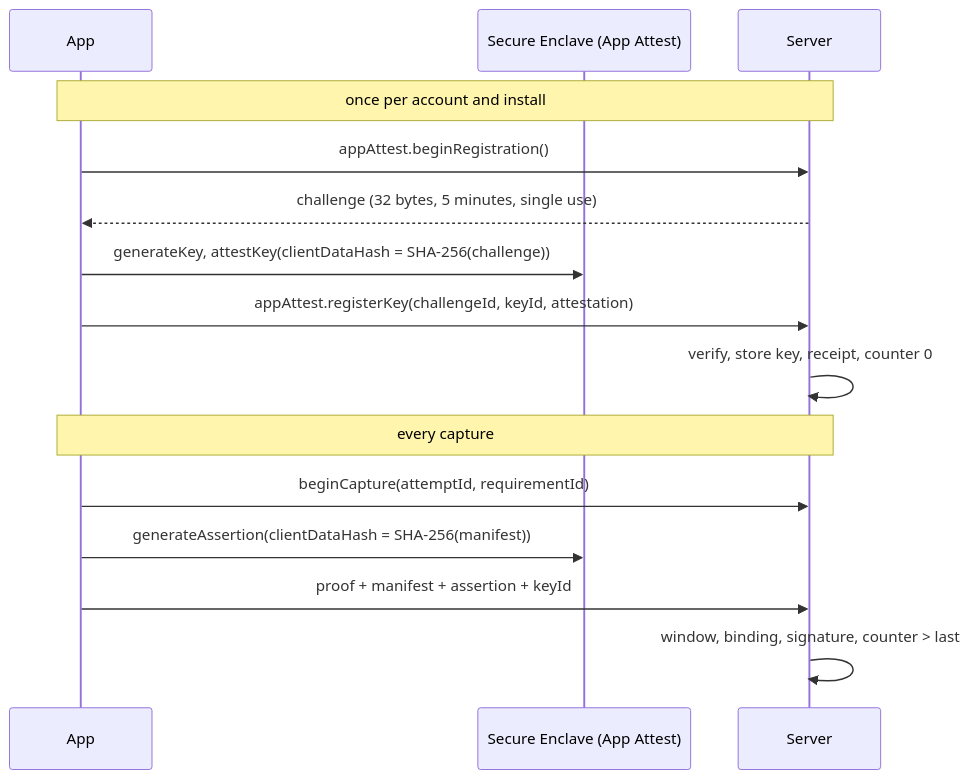
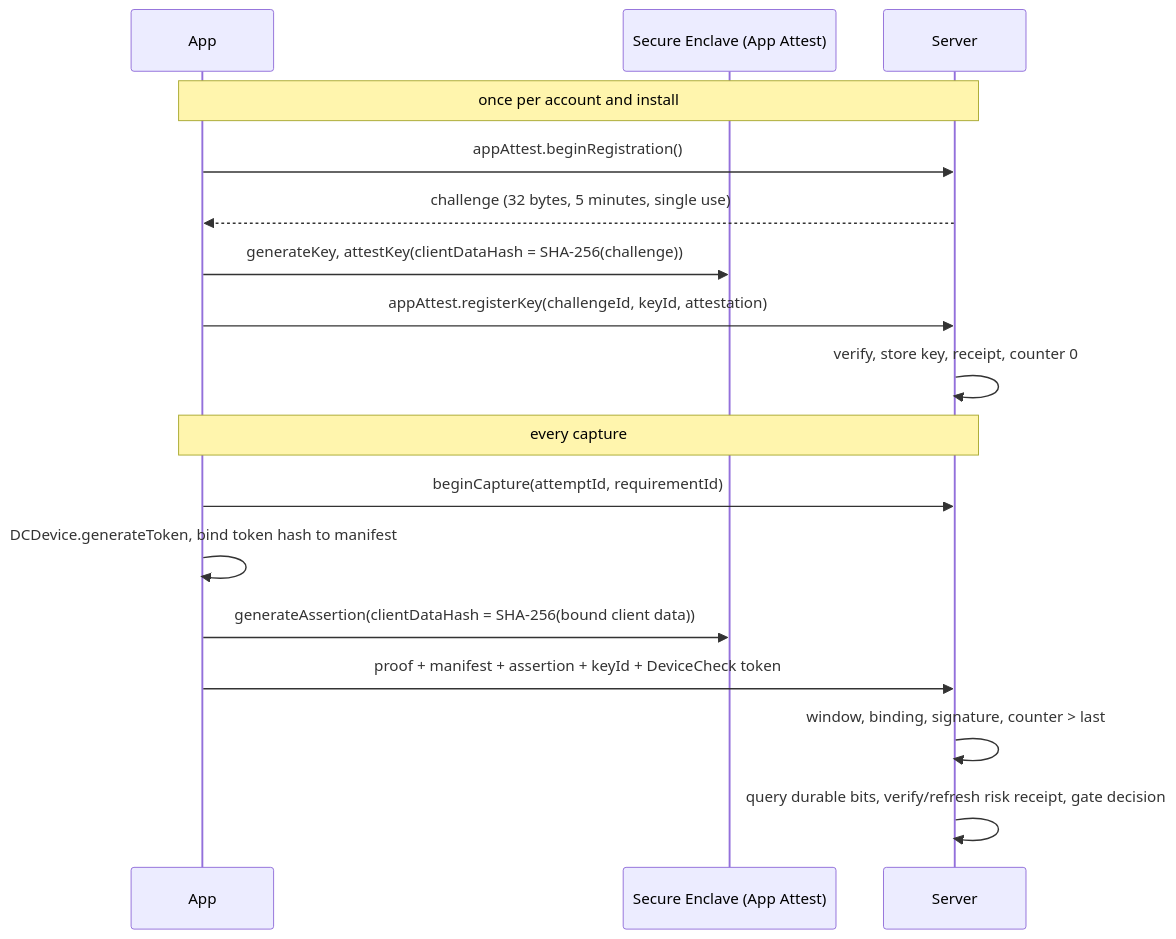
The third of 3 diagrams in docs/verification.md (verilyfun/verily), drawn with Mermaid before and after one commit. The commit also changed other lines of this file and 56 other files, not shown here.

Commit message:
feat(verification): enforce Apple device risk and durable bans

````diff
--- a/docs/verification.md
+++ b/docs/verification.md
@@ -231,17 +231,19 @@
 ```mermaid
 sequenceDiagram
   participant App
   participant Enclave as Secure Enclave (App Attest)
   participant Server
   Note over App,Server: once per account and install
   App->>Server: appAttest.beginRegistration()
   Server-->>App: challenge (32 bytes, 5 minutes, single use)
   App->>Enclave: generateKey, attestKey(clientDataHash = SHA-256(challenge))
   App->>Server: appAttest.registerKey(challengeId, keyId, attestation)
   Server->>Server: verify, store key, receipt, counter 0
   Note over App,Server: every capture
   App->>Server: beginCapture(attemptId, requirementId)
-  App->>Enclave: generateAssertion(clientDataHash = SHA-256(manifest))
-  App->>Server: proof + manifest + assertion + keyId
+  App->>App: DCDevice.generateToken, bind token hash to manifest
+  App->>Enclave: generateAssertion(clientDataHash = SHA-256(bound client data))
+  App->>Server: proof + manifest + assertion + keyId + DeviceCheck token
   Server->>Server: window, binding, signature, counter > last
+  Server->>Server: query durable bits, verify/refresh risk receipt, gate decision
 ```
````
